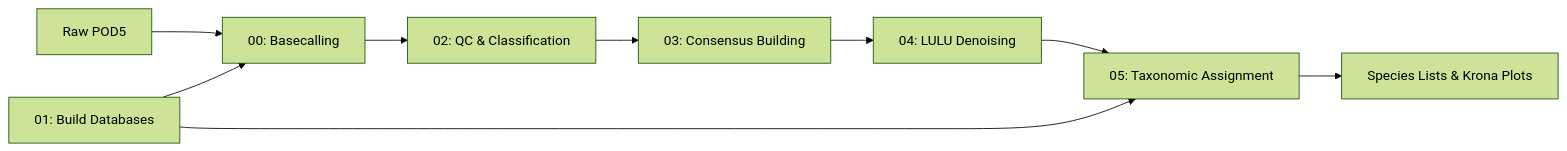
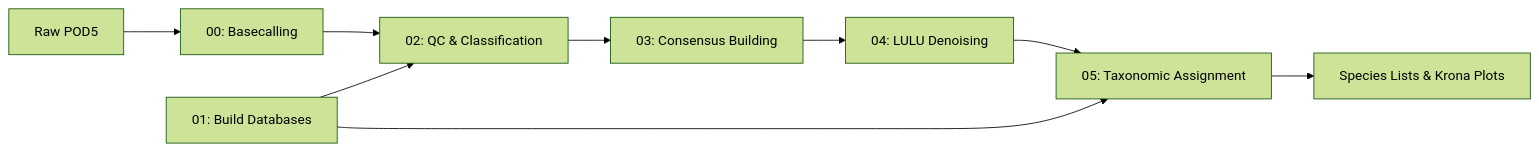
One commit to piedna/DeCodeDNA changed the diagram in README.md. Above: the diagram before and after it, drawn with Mermaid (forest theme).

````diff
--- a/README.md
+++ b/README.md
@@ -52,12 +52,12 @@
 ```mermaid
 flowchart LR
     A[Raw POD5] --> B[00: Basecalling]
     B --> C[02: QC & Classification]
     C --> D[03: Consensus Building]
     D --> E[04: LULU Denoising]
     E --> F[05: Taxonomic Assignment]
     F --> G[Species Lists & Krona Plots]
     
     H[01: Build Databases] --> F
-    H[01: Build Databases] --> B
+    H[01: Build Databases] --> C
 ```
````
